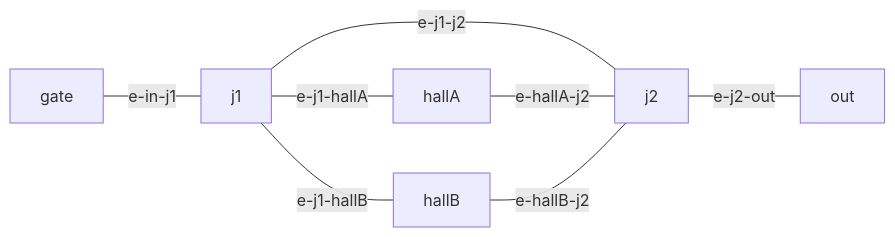
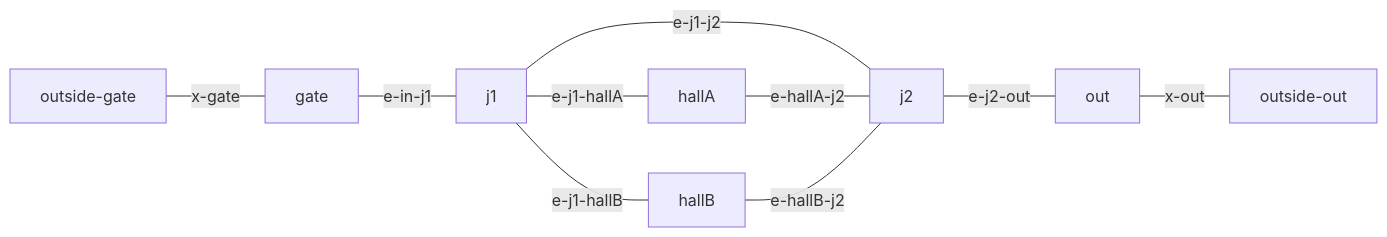
One commit to pj-hoakari/tolo-service-gateway changed the diagram in docs/dev_integration.md. Above: the diagram before and after it, drawn with Mermaid. The commit also changed other lines of this file and 8 other files, not shown here.

Commit message:
chore: follow tolo-observation and tolo-flow-control boundary changes

````diff
--- a/docs/dev_integration.md
+++ b/docs/dev_integration.md
@@ -58,10 +59,12 @@
 ```mermaid
 flowchart LR
+    outside-gate -- x-gate --- gate
     gate -- e-in-j1 --- j1
     j1 -- e-j1-hallA --- hallA
     j1 -- e-j1-hallB --- hallB
     j1 -- e-j1-j2 --- j2
     hallA -- e-hallA-j2 --- j2
     hallB -- e-hallB-j2 --- j2
     j2 -- e-j2-out --- out
+    out -- x-out --- outside-out
 ```
````
